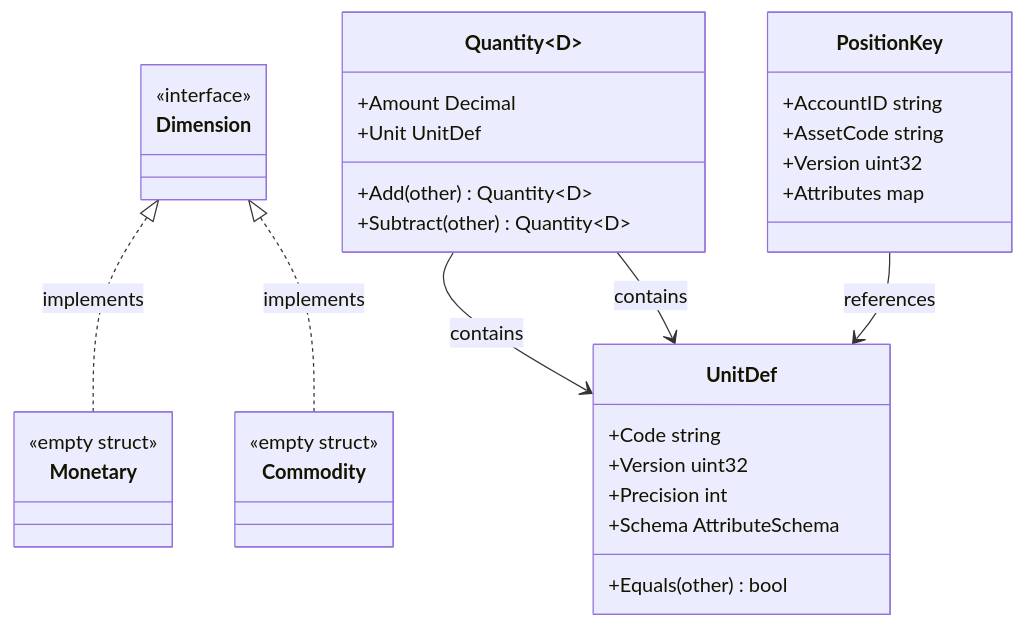
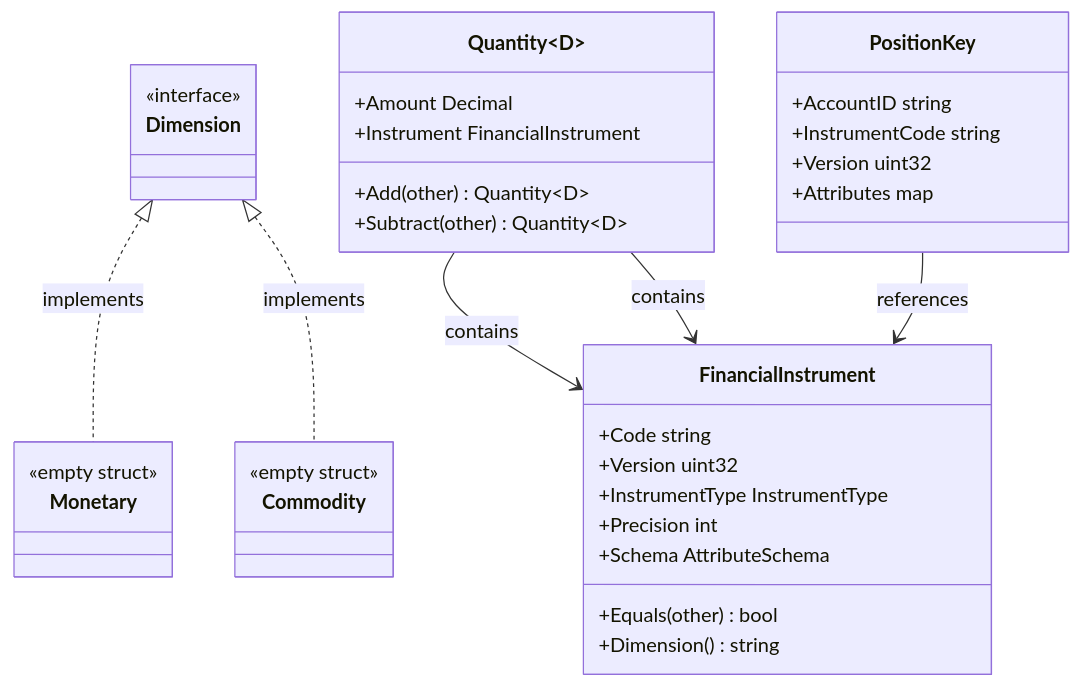
Before and after one commit to meridianhub/meridian: the second of 3 diagrams in docs/adr/0013-generic-asset-quantity-types.md, drawn with Mermaid. The commit also changed other lines of this file and 3 other files, not shown here.

First line of the commit message:
docs: Align ADR-013/014 with BIAN Financial Instrument terminology

````diff
--- a/docs/adr/0013-generic-asset-quantity-types.md
+++ b/docs/adr/0013-generic-asset-quantity-types.md
@@ -195,43 +221,45 @@
 ```mermaid
 classDiagram
     class Dimension {
         <<interface>>
     }
 
     class Monetary {
         <<empty struct>>
     }
 
     class Commodity {
         <<empty struct>>
     }
 
     Dimension <|.. Monetary : implements
     Dimension <|.. Commodity : implements
 
-    class UnitDef {
+    class FinancialInstrument {
         +Code string
         +Version uint32
+        +InstrumentType InstrumentType
         +Precision int
         +Schema AttributeSchema
         +Equals(other) bool
+        +Dimension() string
     }
 
     class Quantity~D~ {
         +Amount Decimal
-        +Unit UnitDef
+        +Instrument FinancialInstrument
         +Add(other) Quantity~D~
         +Subtract(other) Quantity~D~
     }
 
     class PositionKey {
         +AccountID string
-        +AssetCode string
+        +InstrumentCode string
         +Version uint32
         +Attributes map
     }
 
-    Quantity~Monetary~ --> UnitDef : contains
-    Quantity~Commodity~ --> UnitDef : contains
-    PositionKey --> UnitDef : references
+    Quantity~Monetary~ --> FinancialInstrument : contains
+    Quantity~Commodity~ --> FinancialInstrument : contains
+    PositionKey --> FinancialInstrument : references
 ```
````
